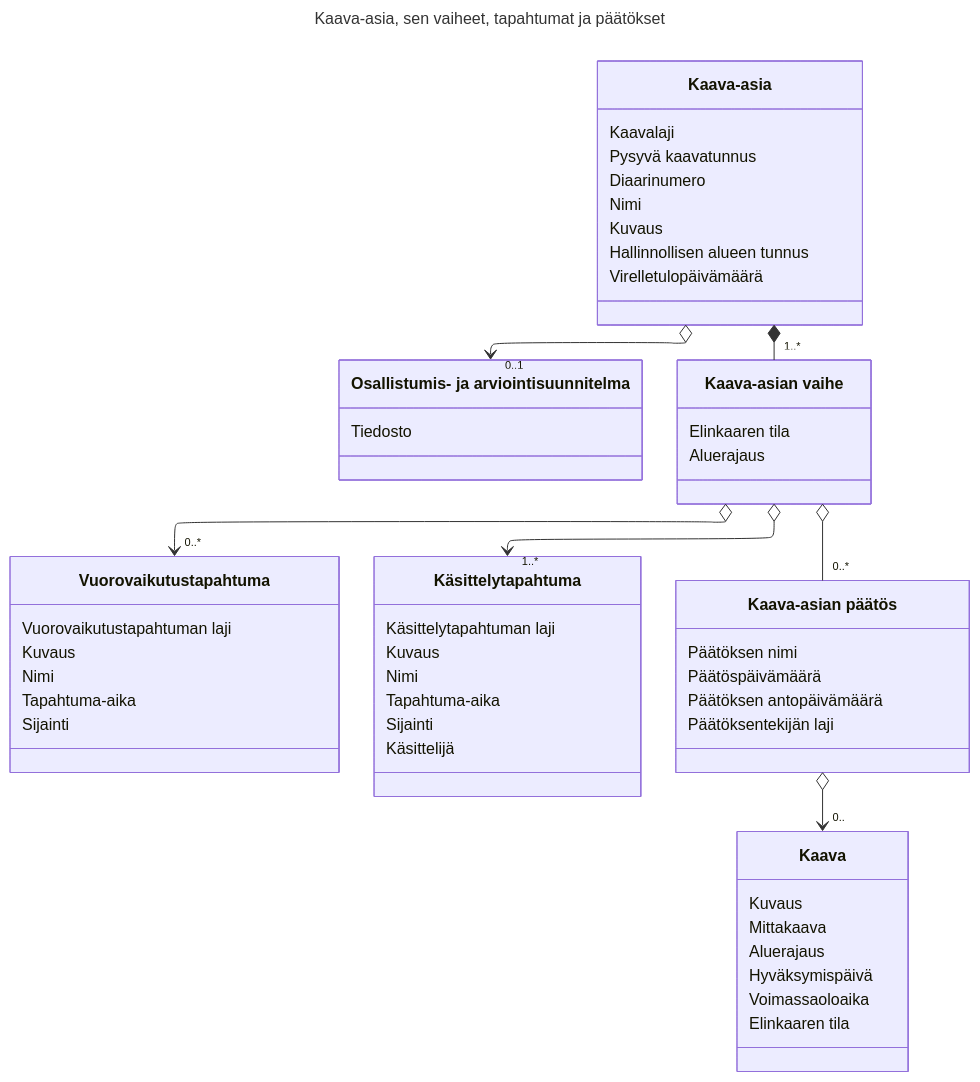
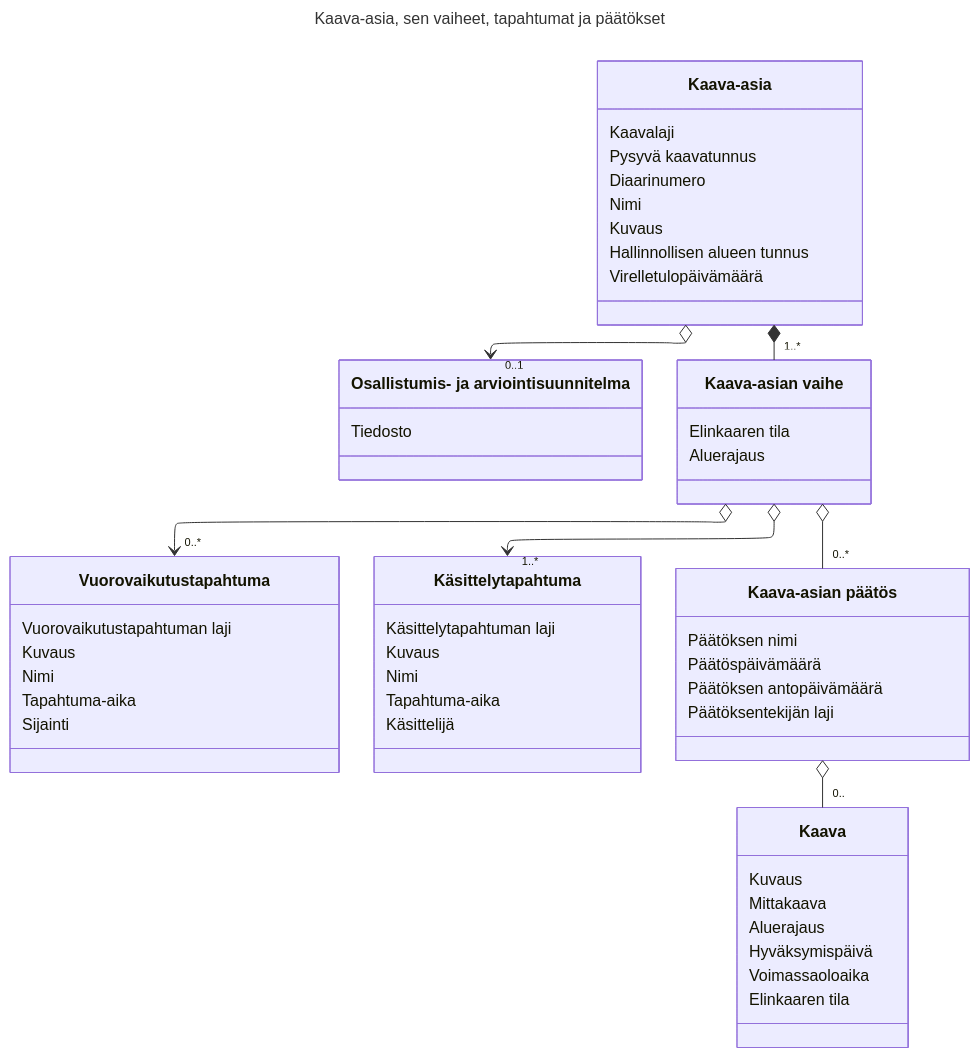
Before and after one commit to spatineo/kaavatietomalli.fi: the third of 3 diagrams in content/pages/kaavatietomalli-yalusta.md, drawn with Mermaid. The commit also changed other lines of this file and 13 other files, not shown here.

Commit message:
chore: placeholder posts for the history timeline added

````diff
--- a/content/pages/kaavatietomalli-yalusta.md
+++ b/content/pages/kaavatietomalli-yalusta.md
@@ -143,70 +143,69 @@
 ```mermaid
 ---
 title: Kaava-asia, sen vaiheet, tapahtumat ja päätökset
 config:
     layout: elk
     class:
         hideEmptyMembersBox: true
 ---
 classDiagram
     
     class Kaava-asia {
         Kaavalaji
         Pysyvä kaavatunnus
         Diaarinumero
         Nimi
         Kuvaus
         Hallinnollisen alueen tunnus
         Virelletulopäivämäärä
     }
 
     class `Osallistumis- ja arviointisuunnitelma` {
         Tiedosto
     }
 
     class `Kaava-asian vaihe` {
         Elinkaaren tila
         Aluerajaus
     }
 
     class Vuorovaikutustapahtuma {
         Vuorovaikutustapahtuman laji
         Kuvaus
         Nimi
         Tapahtuma-aika
         Sijainti
     }
 
     class Käsittelytapahtuma {
         Käsittelytapahtuman laji
         Kuvaus
         Nimi
         Tapahtuma-aika
-        Sijainti
         Käsittelijä
     }
 
     class `Kaava-asian päätös` {
         Päätöksen nimi
         Päätöspäivämäärä
         Päätöksen antopäivämäärä
         Päätöksentekijän laji
     }
 
     class Kaava {
         Kuvaus
         Mittakaava
         Aluerajaus
         Hyväksymispäivä
         Voimassaoloaika
         Elinkaaren tila
     }
 
     Kaava-asia *-- "1..*" `Kaava-asian vaihe`
     Kaava-asia o--> "0..1" `Osallistumis- ja arviointisuunnitelma`
     `Kaava-asian vaihe` o-- "0..*" `Kaava-asian päätös`
     `Kaava-asian vaihe` o--> "0..*" Vuorovaikutustapahtuma
     `Kaava-asian vaihe` o--> "1..*" Käsittelytapahtuma
-    `Kaava-asian päätös` o--> "0.." Kaava 
+    `Kaava-asian päätös` o-- "0.." Kaava 
     
 ```
````
